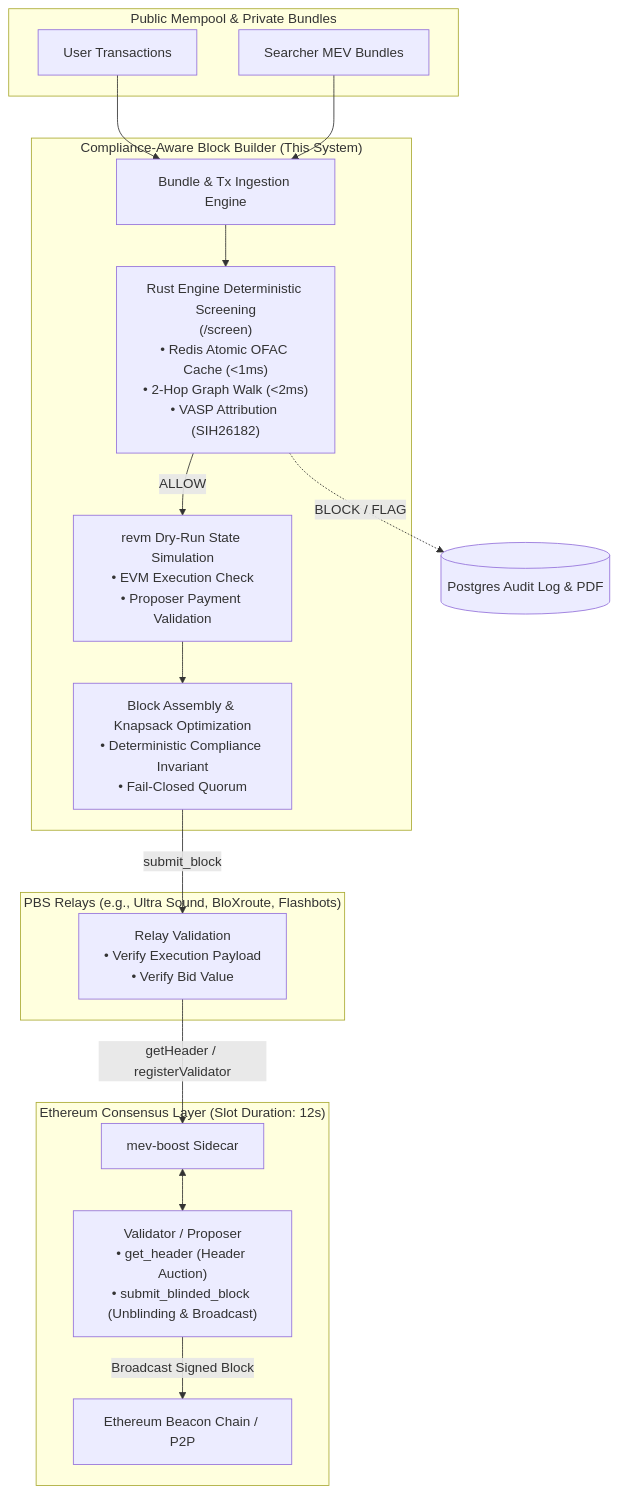
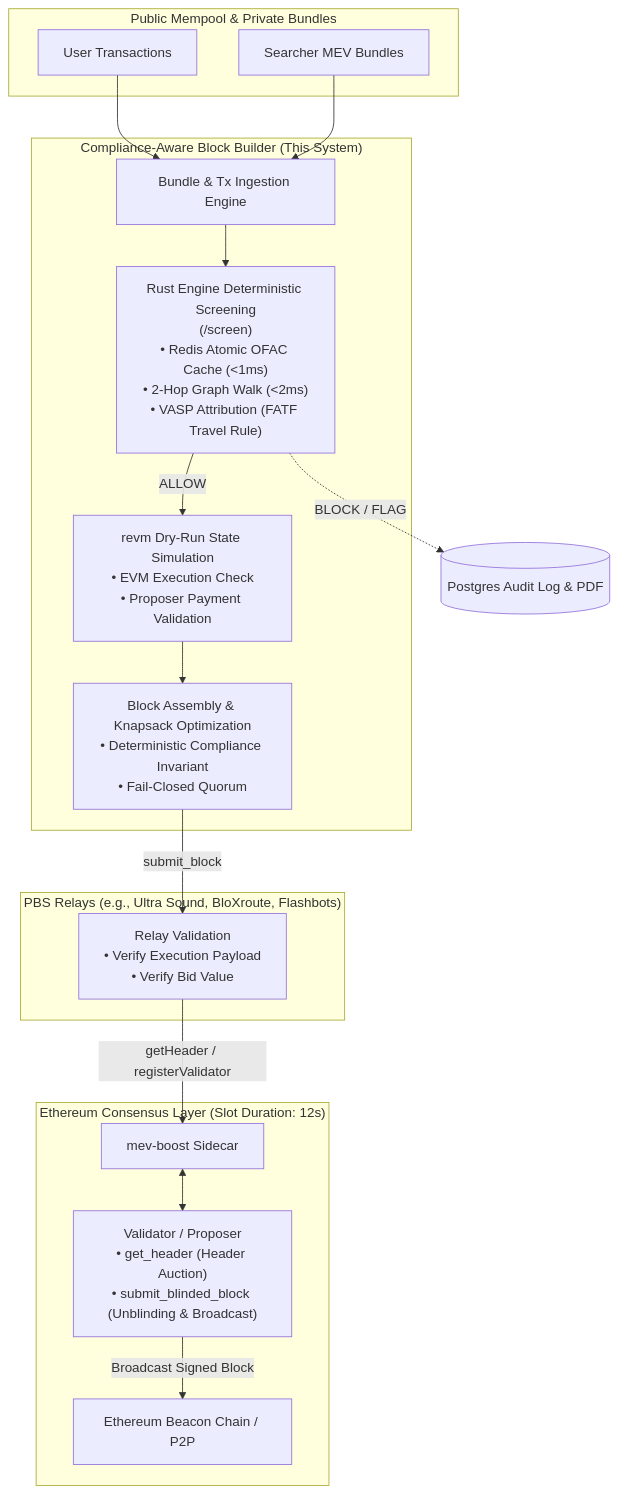
One commit to dsudevhack3/Compliance-Aware-Block-Builder changed the diagram in docs/production-integration.md. Above: the diagram before and after it, drawn with Mermaid. The commit also changed other lines of this file and 5 other files, not shown here.

````diff
--- a/docs/production-integration.md
+++ b/docs/production-integration.md
@@ -11,35 +11,35 @@
 ```mermaid
 flowchart TD
     subgraph Mempool ["Public Mempool & Private Bundles"]
         TX[User Transactions]
         Bundle[Searcher MEV Bundles]
     end
 
     subgraph BuilderNode ["Compliance-Aware Block Builder (This System)"]
         Ingest["Bundle & Tx Ingestion Engine"]
-        RustScreen["Rust Engine Deterministic Screening\n(/screen)\n• Redis Atomic OFAC Cache (<1ms)\n• 2-Hop Graph Walk (<2ms)\n• VASP Attribution (SIH26182)"]
+        RustScreen["Rust Engine Deterministic Screening\n(/screen)\n• Redis Atomic OFAC Cache (<1ms)\n• 2-Hop Graph Walk (<2ms)\n• VASP Attribution (FATF Travel Rule)"]
         RevmDryRun["revm Dry-Run State Simulation\n• EVM Execution Check\n• Proposer Payment Validation"]
         Packing["Block Assembly & Knapsack Optimization\n• Deterministic Compliance Invariant\n• Fail-Closed Quorum"]
     end
 
     subgraph Relays ["PBS Relays (e.g., Ultra Sound, BloXroute, Flashbots)"]
         Relay["Relay Validation\n• Verify Execution Payload\n• Verify Bid Value"]
     end
 
     subgraph Consensus ["Ethereum Consensus Layer (Slot Duration: 12s)"]
         MEVBoost["mev-boost Sidecar"]
         Validator["Validator / Proposer\n• get_header (Header Auction)\n• submit_blinded_block (Unblinding & Broadcast)"]
         BeaconChain["Ethereum Beacon Chain / P2P"]
     end
 
     TX --> Ingest
     Bundle --> Ingest
     Ingest --> RustScreen
     RustScreen -->|ALLOW| RevmDryRun
     RustScreen -.->|BLOCK / FLAG| AuditTrail[("Postgres Audit Log & PDF")]
     RevmDryRun --> Packing
     Packing -->|submit_block| Relay
     Relay -->|getHeader / registerValidator| MEVBoost
     MEVBoost <--> Validator
     Validator -->|Broadcast Signed Block| BeaconChain
 ```
````
